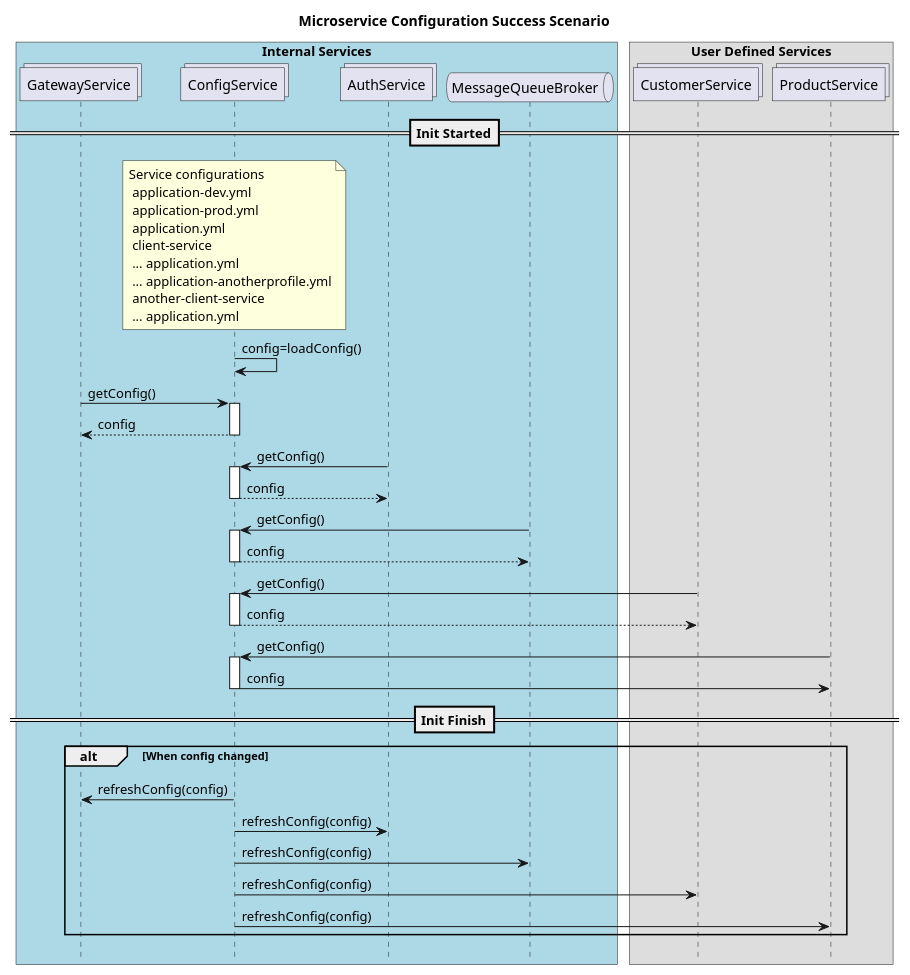
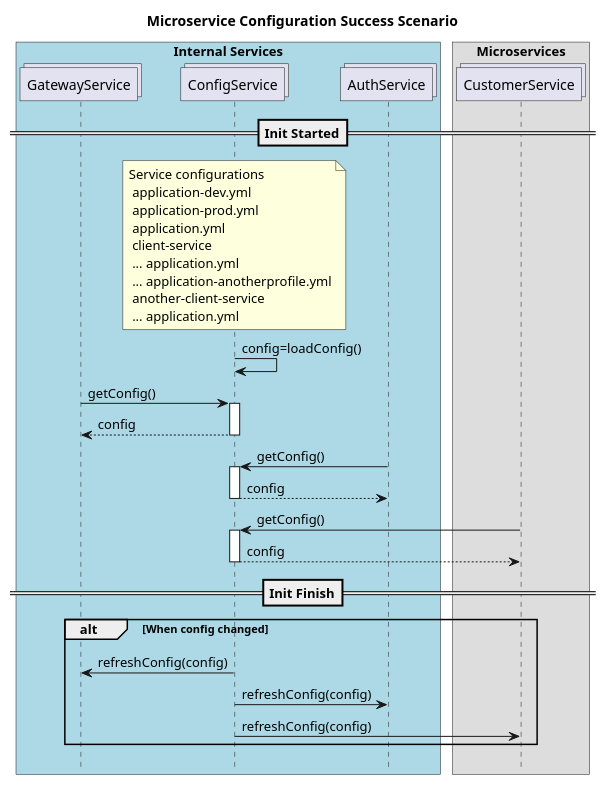
Before and after one commit to naimyurek/microblockthesis: the diagram in 01 Service Configuration.wsd, drawn with PlantUML. The commit also changed 5 other files, not shown here.

Commit message:
product service kaldırıldı

```diff
--- a/01 Service Configuration.wsd
+++ b/01 Service Configuration.wsd
@@ -1,44 +1,36 @@
 @startuml ConfigurationScenario
 !pragma teoz true
 
 title "Microservice Configuration Success Scenario"
 hide footbox
 box "Internal Services" #LightBlue
 collections GatewayService
 collections ConfigService
 collections AuthService
-queue MessageQueueBroker
 end box
 
-box "User Defined Services"
+box "Microservices"
 collections CustomerService
-collections ProductService
 end box
 
 
 ==Init Started==
 note over ConfigService: Service configurations \n application-dev.yml \n application-prod.yml \n application.yml \n client-service \n ... application.yml \n ... application-anotherprofile.yml\n another-client-service \n ... application.yml
 
 ConfigService -> ConfigService : config=loadConfig()
 GatewayService -> ConfigService ++ : getConfig()
 return config 
  AuthService -> ConfigService ++ : getConfig()
-return config 
- MessageQueueBroker -> ConfigService ++ : getConfig()
-return config 
+return config  
  CustomerService -> ConfigService ++ : getConfig()
 return config 
- ProductService -> ConfigService ++ : getConfig()
-ConfigService -> ProductService -- : config
 ==Init Finish==
 
 alt When config changed
 ConfigService -> GatewayService : refreshConfig(config)
 ConfigService -> AuthService : refreshConfig(config)
-ConfigService -> MessageQueueBroker : refreshConfig(config)
 ConfigService -> CustomerService : refreshConfig(config)
-ConfigService -> ProductService : refreshConfig(config)
 end
 
 
 @enduml
```
